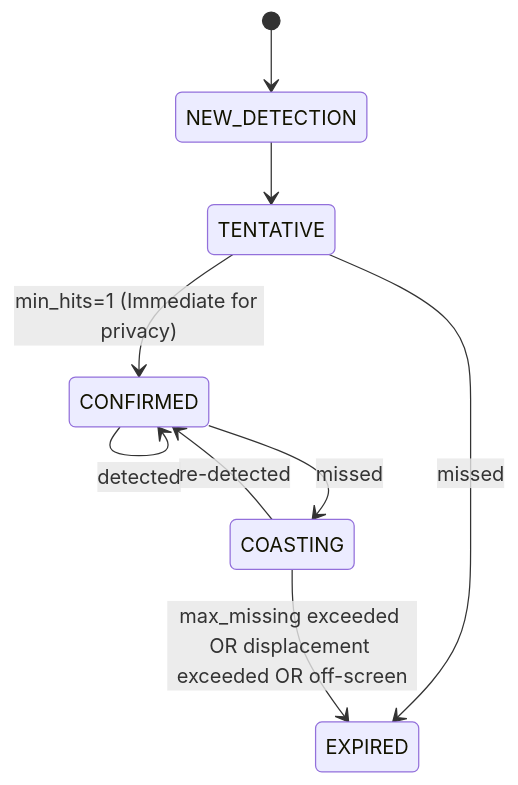
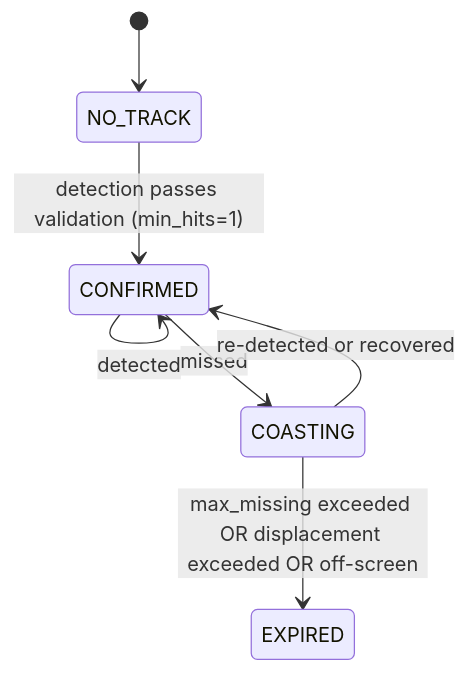
Before and after one commit to aditya-21a/pixelVeil: the fifth of 10 diagrams in docs/architecture-diagrams.md, drawn with Mermaid. The commit also changed other lines of this file and 5 other files, not shown here.

First line of the commit message:
docs: revise architecture based on hostile review

````diff
--- a/docs/architecture-diagrams.md
+++ b/docs/architecture-diagrams.md
@@ -98,13 +98,11 @@
 ```mermaid
 stateDiagram-v2
-    [*] --> NEW_DETECTION
-    NEW_DETECTION --> TENTATIVE
-    TENTATIVE --> CONFIRMED : min_hits=1 (Immediate for privacy)
-    TENTATIVE --> EXPIRED : missed
+    [*] --> NO_TRACK
+    NO_TRACK --> CONFIRMED : detection passes validation (min_hits=1)
     
     CONFIRMED --> CONFIRMED : detected
     CONFIRMED --> COASTING : missed
     
-    COASTING --> CONFIRMED : re-detected
+    COASTING --> CONFIRMED : re-detected or recovered
     COASTING --> EXPIRED : max_missing exceeded OR displacement exceeded OR off-screen
 ```
````
